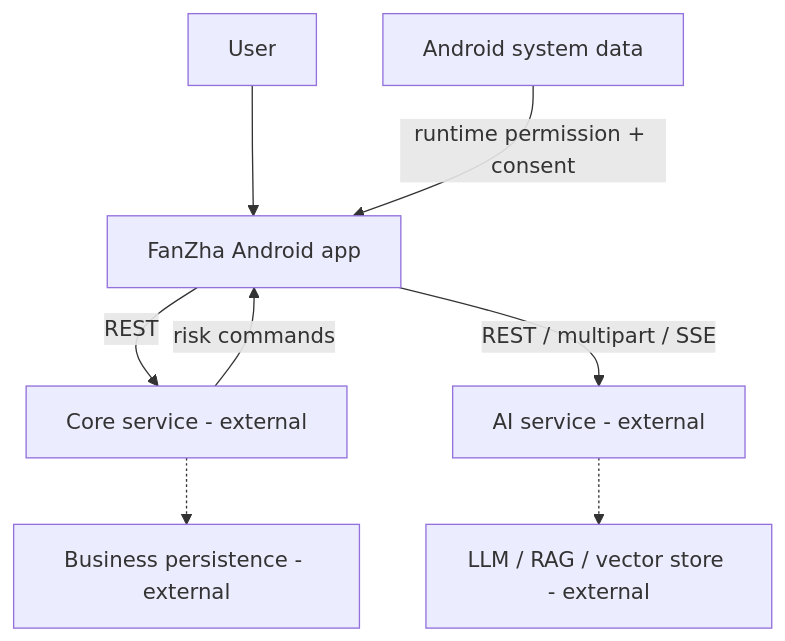
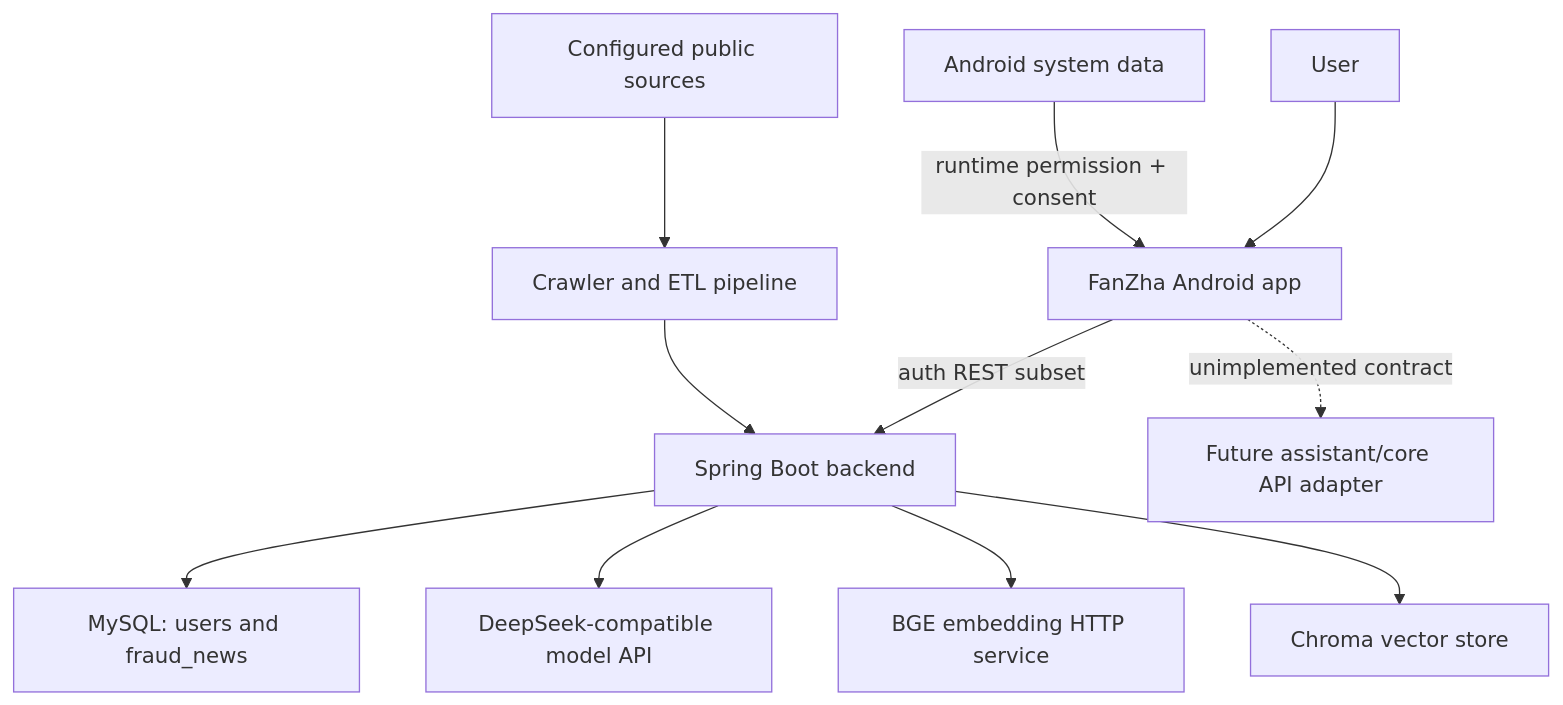
The first of 2 diagrams in docs/architecture.md (MagicVVu/FanZha), drawn with Mermaid before and after one commit. The commit also changed other lines of this file and 5 other files, not shown here.

Commit message:
docs: document full-stack architecture and deployment

````diff
--- a/docs/architecture.md
+++ b/docs/architecture.md
@@ -9,10 +11,13 @@
 ```mermaid
 flowchart TB
     USER["User"] --> APP["FanZha Android app"]
     DEVICE["Android system data"] -->|"runtime permission + consent"| APP
-    APP -->|"REST"| CORE["Core service - external"]
-    APP -->|"REST / multipart / SSE"| AI["AI service - external"]
-    CORE -->|"risk commands"| APP
-    CORE -.-> STORE["Business persistence - external"]
-    AI -.-> KB["LLM / RAG / vector store - external"]
+    APP -->|"auth REST subset"| API["Spring Boot backend"]
+    APP -. "unimplemented contract" .-> ADAPTER["Future assistant/core API adapter"]
+    API --> MYSQL["MySQL: users and fraud_news"]
+    API --> MODEL["DeepSeek-compatible model API"]
+    API --> EMBED["BGE embedding HTTP service"]
+    API --> CHROMA["Chroma vector store"]
+    CRAWL["Configured public sources"] --> ETL["Crawler and ETL pipeline"]
+    ETL --> API
 ```
````
